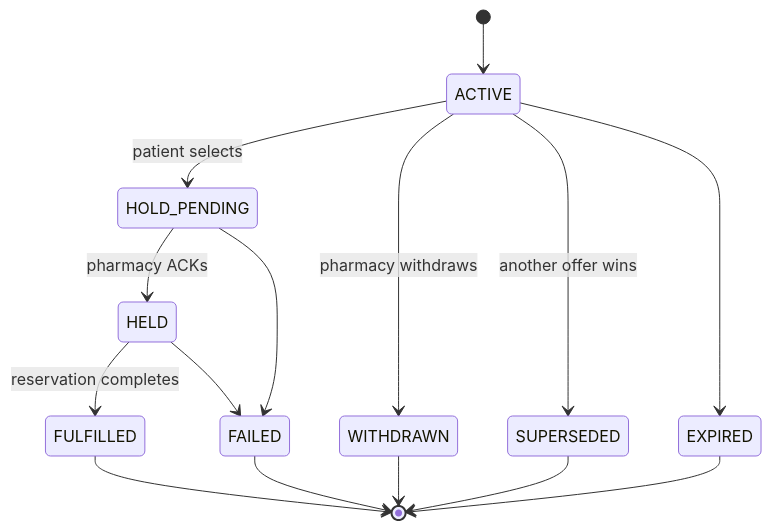
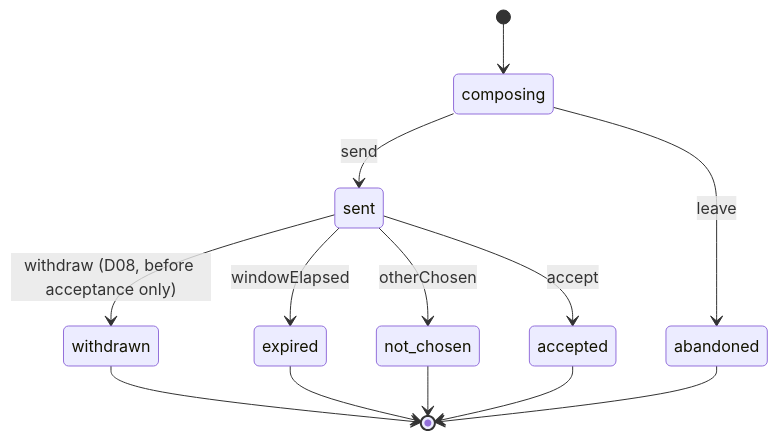
One commit to alinasser21001b-blip/adlytic changed the second of 10 diagrams in docs/knowledge-base/05-state-machines.md. Above: the diagram before and after it, drawn with Mermaid. The commit also changed other lines of this file and 23 other files, not shown here.

````diff
--- a/docs/knowledge-base/05-state-machines.md
+++ b/docs/knowledge-base/05-state-machines.md
@@ -37,17 +134,15 @@
 ```mermaid
 stateDiagram-v2
-  [*] --> ACTIVE
-  ACTIVE --> HOLD_PENDING: patient selects
-  HOLD_PENDING --> HELD: pharmacy ACKs
-  HELD --> FULFILLED: reservation completes
-  ACTIVE --> WITHDRAWN: pharmacy withdraws
-  ACTIVE --> SUPERSEDED: another offer wins
-  ACTIVE --> EXPIRED
-  HOLD_PENDING --> FAILED
-  HELD --> FAILED
-  FULFILLED --> [*]
-  WITHDRAWN --> [*]
-  SUPERSEDED --> [*]
-  EXPIRED --> [*]
-  FAILED --> [*]
+  [*] --> composing
+  composing --> sent: send
+  composing --> abandoned: leave
+  sent --> withdrawn: withdraw (D08, before acceptance only)
+  sent --> expired: windowElapsed
+  sent --> not_chosen: otherChosen
+  sent --> accepted: accept
+  withdrawn --> [*]
+  expired --> [*]
+  not_chosen --> [*]
+  accepted --> [*]
+  abandoned --> [*]
 ```
````
